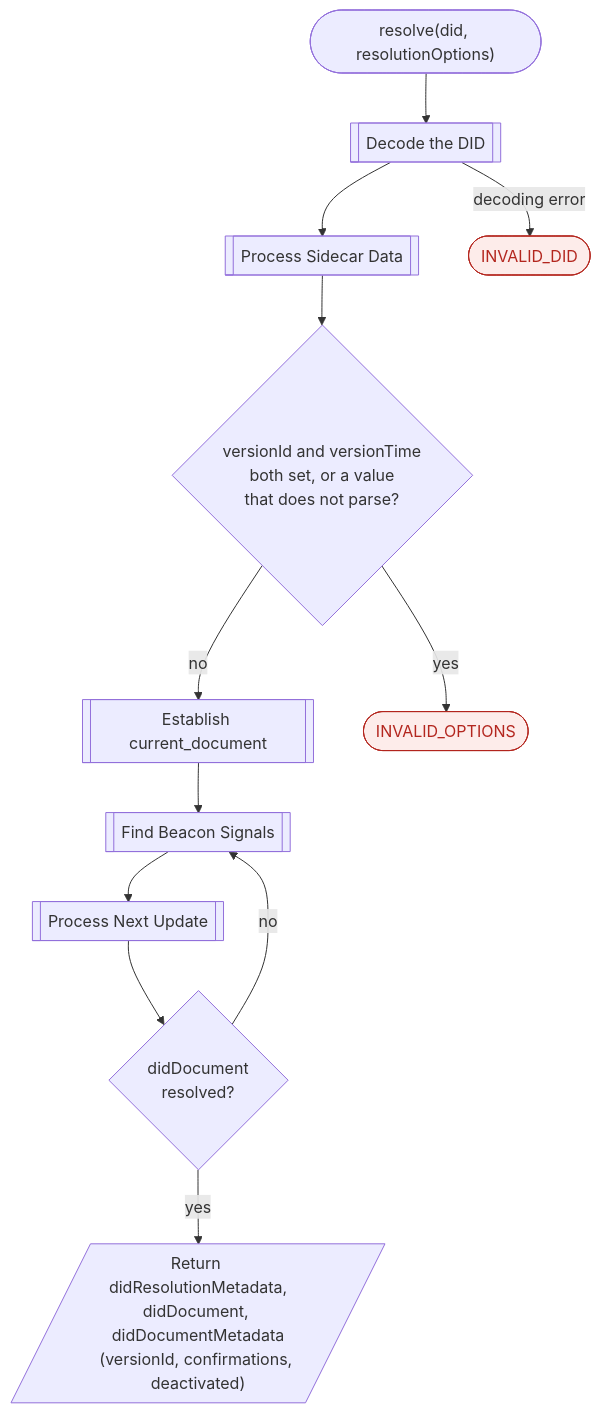
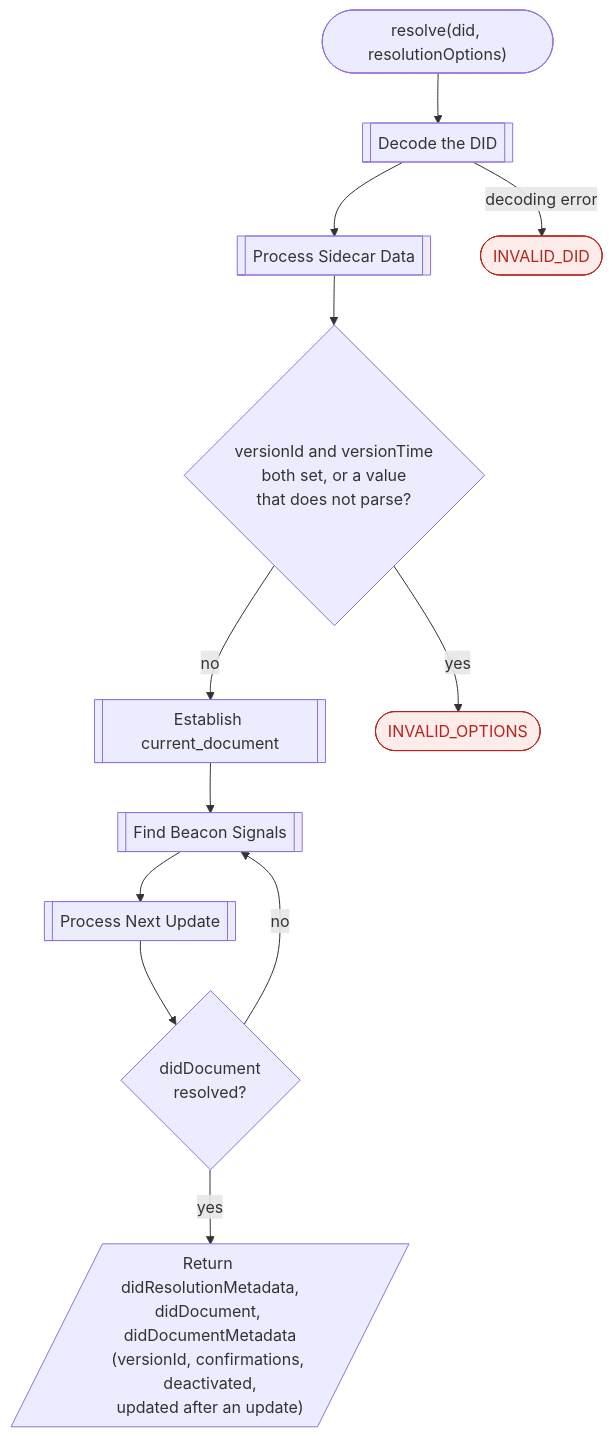
The second of 10 diagrams in src/content/docs/diagrams/resolve.md (dcdpr/website-btcr2-dev), drawn with Mermaid before and after one commit. The commit also changed other lines of this file and 4 other files, not shown here.

First line of the commit message:
docs(diagrams): follow the spec changes to update and resolve

````diff
--- a/src/content/docs/diagrams/resolve.md
+++ b/src/content/docs/diagrams/resolve.md
@@ -59,23 +59,23 @@
 ```mermaid
 flowchart TD
   classDef error fill:#fdecea,stroke:#b3261e,color:#b3261e
 
   Start(["resolve(did, resolutionOptions)"])
   Decode[["Decode the DID"]]
   Sidecar[["Process Sidecar Data"]]
   Options{"versionId and versionTime<br/>both set, or a value<br/>that does not parse?"}
   Establish[["Establish current_document"]]
   Find[["Find Beacon Signals"]]
   Next[["Process Next Update"]]
   Done{"didDocument<br/>resolved?"}
-  Return[/"Return didResolutionMetadata,<br/>didDocument, didDocumentMetadata<br/>(versionId, confirmations, deactivated)"/]
+  Return[/"Return didResolutionMetadata,<br/>didDocument, didDocumentMetadata<br/>(versionId, confirmations, deactivated,<br/>updated after an update)"/]
   ErrDID(["INVALID_DID"]):::error
   ErrOptions(["INVALID_OPTIONS"]):::error
 
   Start --> Decode --> Sidecar --> Options
   Decode -->|"decoding error"| ErrDID
   Options -->|"yes"| ErrOptions
   Options -->|"no"| Establish --> Find --> Next --> Done
   Done -->|"no"| Find
   Done -->|"yes"| Return
 ```
````
